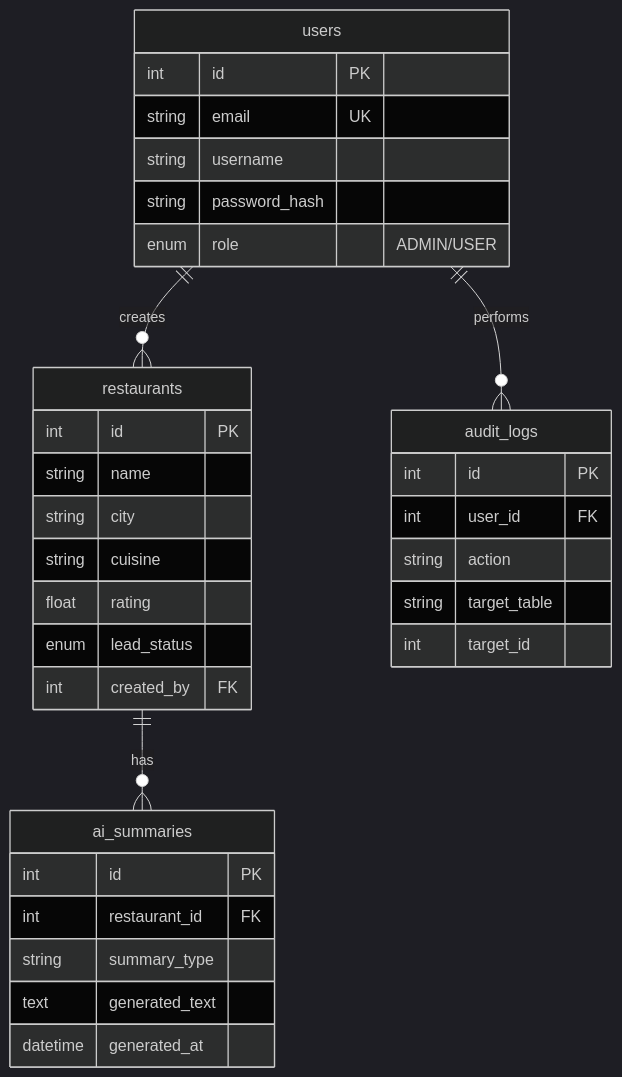
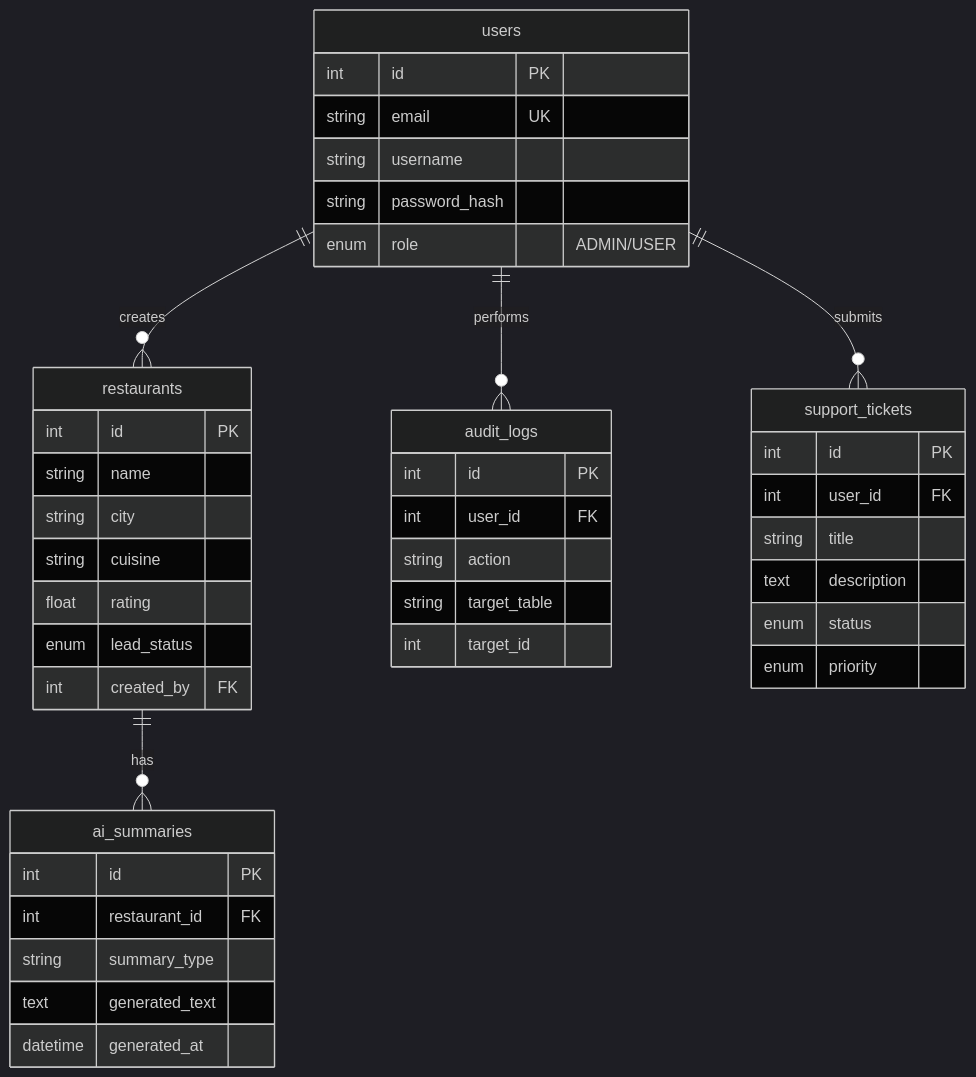
Before and after one commit to navin-sreethar/Restaurant-Discovery-Platform: the second of 2 diagrams in README.md, drawn with Mermaid (dark theme). The commit also changed other lines of this file and 18 other files, not shown here.

````diff
--- a/README.md
+++ b/README.md
@@ -62,40 +63,50 @@
 ```mermaid
 erDiagram
     users {
         int id PK
         string email UK
         string username
         string password_hash
         enum role "ADMIN/USER"
     }
     
     restaurants {
         int id PK
         string name
         string city
         string cuisine
         float rating
         enum lead_status
         int created_by FK
     }
 
     ai_summaries {
         int id PK
         int restaurant_id FK
         string summary_type
         text generated_text
         datetime generated_at
     }
 
     audit_logs {
         int id PK
         int user_id FK
         string action
         string target_table
         int target_id
     }
 
+    support_tickets {
+        int id PK
+        int user_id FK
+        string title
+        text description
+        enum status
+        enum priority
+    }
+
     users ||--o{ restaurants : creates
     restaurants ||--o{ ai_summaries : has
     users ||--o{ audit_logs : performs
+    users ||--o{ support_tickets : submits
 ```
````
